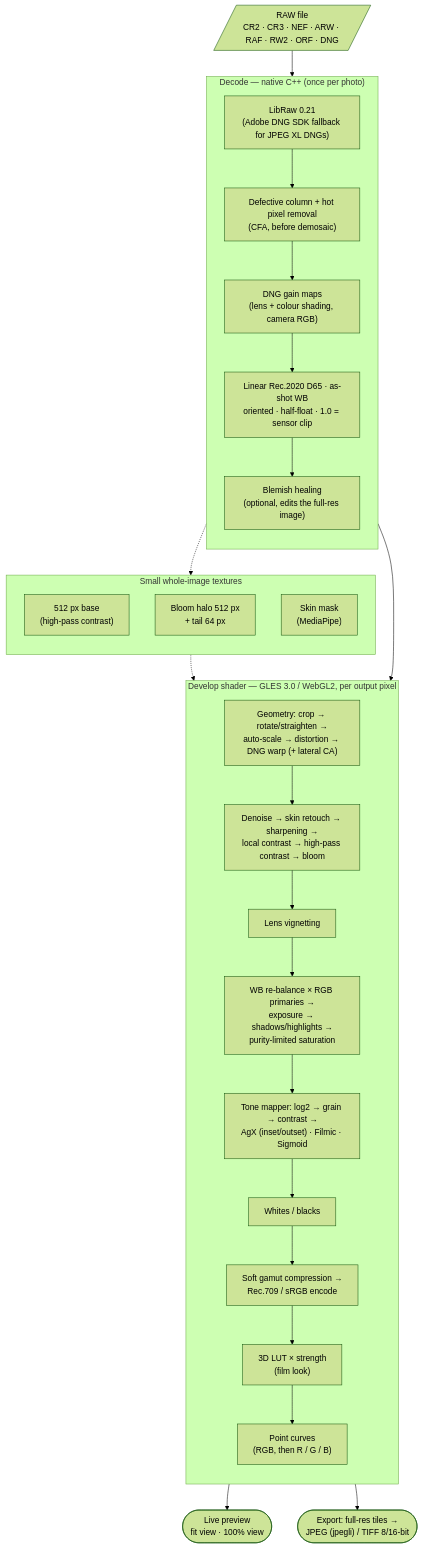
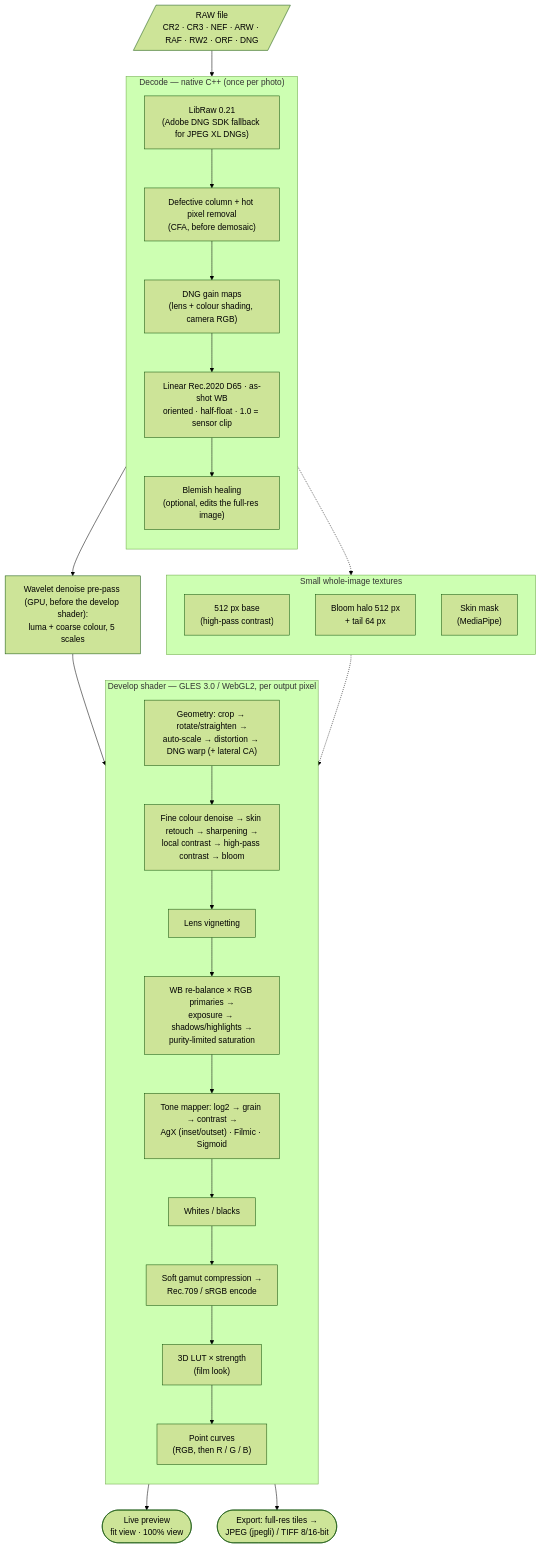
The diagram in docs/pipeline.md (lexusag/RawBoy), drawn with Mermaid (forest theme) before and after one commit. The commit also changed other lines of this file and 31 other files, not shown here.

````diff
--- a/docs/pipeline.md
+++ b/docs/pipeline.md
@@ -3,43 +3,44 @@
 ```mermaid
 flowchart TD
     raw[/"RAW file<br/>CR2 · CR3 · NEF · ARW · RAF · RW2 · ORF · DNG"/]
 
     subgraph CPU["Decode — native C++ (once per photo)"]
         direction TB
         dec["LibRaw 0.21<br/>(Adobe DNG SDK fallback for JPEG XL DNGs)"]
         hot["Defective column + hot pixel removal<br/>(CFA, before demosaic)"]
         gain["DNG gain maps<br/>(lens + colour shading, camera RGB)"]
         lin["Linear Rec.2020 D65 · as-shot WB<br/>oriented · half-float · 1.0 = sensor clip"]
         blem["Blemish healing<br/>(optional, edits the full-res image)"]
         dec --> hot --> gain --> lin --> blem
     end
 
     subgraph AUX["Small whole-image textures"]
         direction TB
         base["512 px base<br/>(high-pass contrast)"]
         bloomTex["Bloom halo 512 px<br/>+ tail 64 px"]
         skin["Skin mask<br/>(MediaPipe)"]
     end
 
     subgraph GPU["Develop shader — GLES 3.0 / WebGL2, per output pixel"]
         direction TB
         geo["Geometry: crop → rotate/straighten →<br/>auto-scale → distortion → DNG warp (+ lateral CA)"]
-        spatial["Denoise → skin retouch → sharpening →<br/>local contrast → high-pass contrast → bloom"]
+        spatial["Fine colour denoise → skin retouch → sharpening →<br/>local contrast → high-pass contrast → bloom"]
         vig["Lens vignetting"]
         light["WB re-balance × RGB primaries →<br/>exposure → shadows/highlights →<br/>purity-limited saturation"]
         agx["Tone mapper: log2 → grain → contrast →<br/>AgX (inset/outset) · Filmic · Sigmoid"]
         levels["Whites / blacks"]
         disp["Soft gamut compression →<br/>Rec.709 / sRGB encode"]
         lut["3D LUT × strength<br/>(film look)"]
         curves["Point curves<br/>(RGB, then R / G / B)"]
         geo --> spatial --> vig --> light --> agx --> levels --> disp --> lut --> curves
     end
 
     raw --> dec
-    blem --> geo
+    blem --> wav["Wavelet denoise pre-pass (GPU, before the develop shader):<br/>luma + coarse colour, 5 scales"]
+    wav --> geo
     blem -.-> AUX
     AUX -.-> spatial
 
     curves --> preview(["Live preview<br/>fit view · 100% view"])
     curves --> export(["Export: full-res tiles →<br/>JPEG (jpegli) / TIFF 8/16-bit"])
 ```
````
